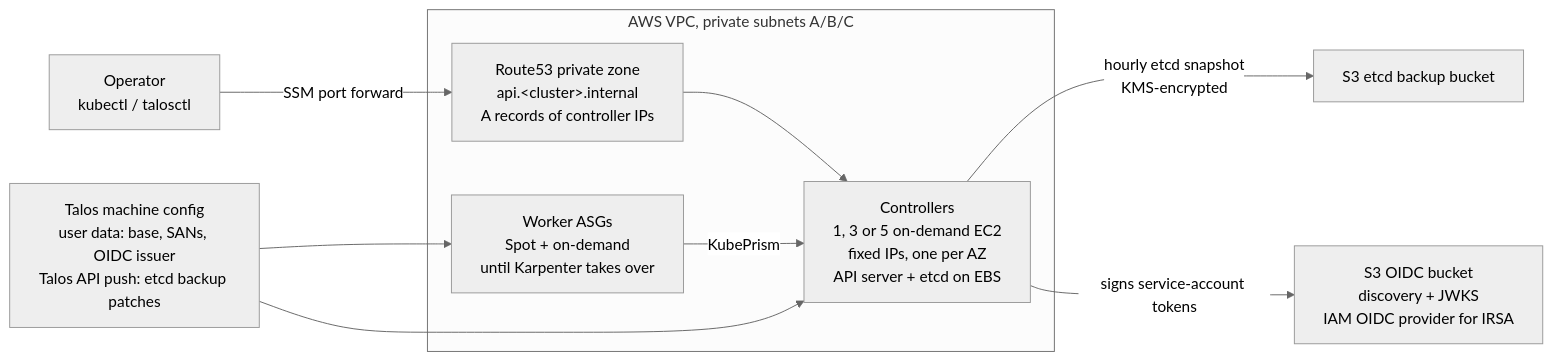
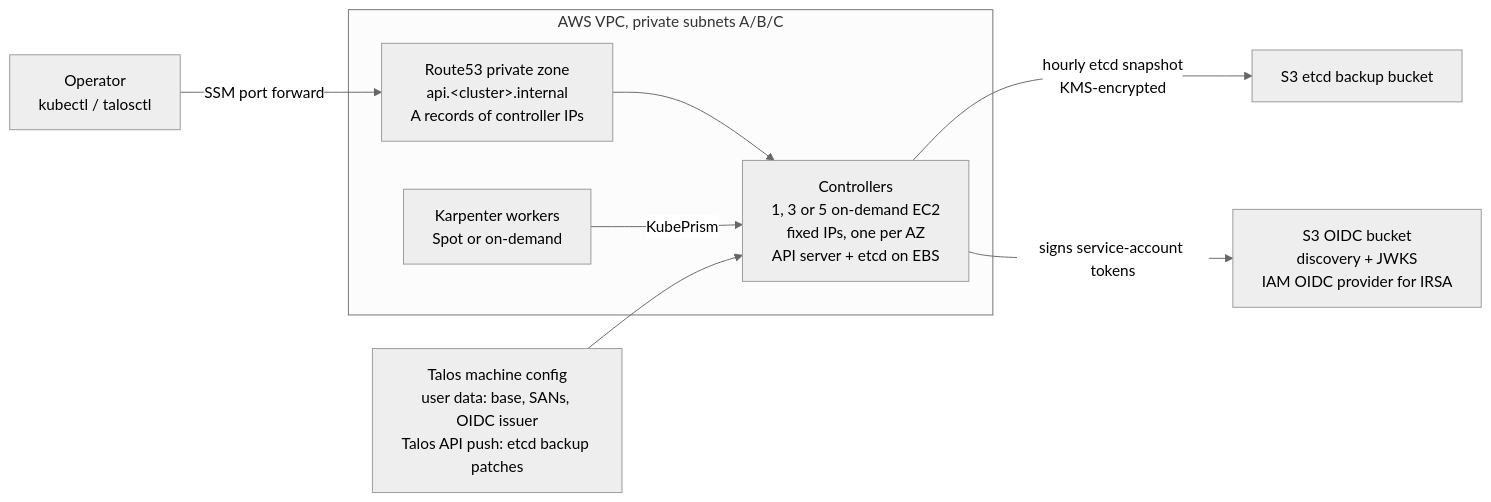
Before and after one commit to wesbragagt/panfactum-stack: the diagram in packages/infrastructure/aws_kube_talos/README.md, drawn with Mermaid (neutral theme). The commit also changed other lines of this file and 9 other files, not shown here.

````diff
--- a/packages/infrastructure/aws_kube_talos/README.md
+++ b/packages/infrastructure/aws_kube_talos/README.md
@@ -7,15 +7,14 @@
 ```mermaid
 flowchart LR
   op["Operator<br/>kubectl / talosctl"] -->|SSM port forward| dns
   subgraph aws["AWS VPC, private subnets A/B/C"]
     dns["Route53 private zone<br/>api.&lt;cluster&gt;.internal<br/>A records of controller IPs"]
     cp["Controllers<br/>1, 3 or 5 on-demand EC2<br/>fixed IPs, one per AZ<br/>API server + etcd on EBS"]
-    wk["Worker ASGs<br/>Spot + on-demand<br/>until Karpenter takes over"]
+    wk["Karpenter workers<br/>Spot or on-demand"]
     dns --> cp
     wk -->|KubePrism| cp
   end
   cfg["Talos machine config<br/>user data: base, SANs, OIDC issuer<br/>Talos API push: etcd backup patches"] --> cp
-  cfg --> wk
   cp -->|hourly etcd snapshot<br/>KMS-encrypted| bkp["S3 etcd backup bucket"]
   cp -->|signs service-account tokens| oidc["S3 OIDC bucket<br/>discovery + JWKS<br/>IAM OIDC provider for IRSA"]
 ```
````
